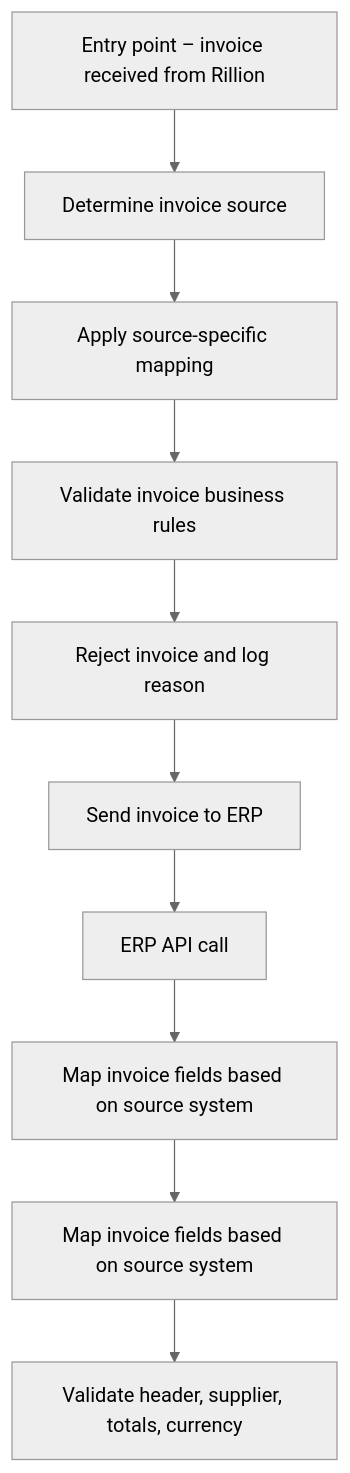
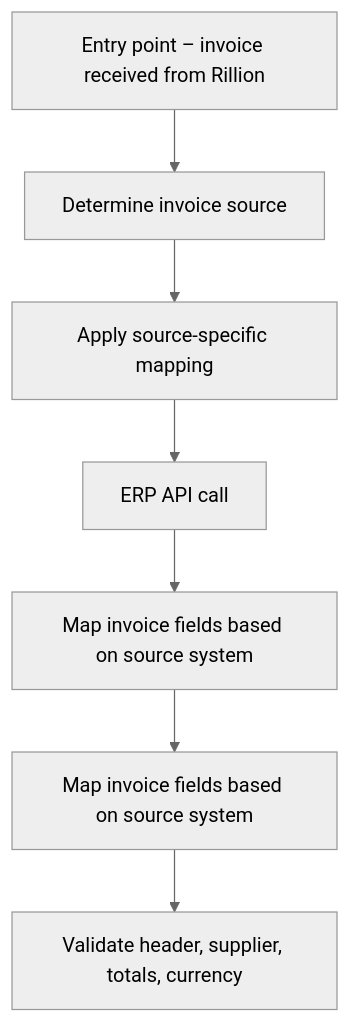
Before and after one commit to nasiradeel183-sketch/Connect-Invoice-Flow: the diagram in docs/flowchart.mmd, drawn with Mermaid (neutral theme). The commit also changed 1 other file, not shown here.

Commit message:
Auto-update flowchart

```diff
--- a/docs/flowchart.mmd
+++ b/docs/flowchart.mmd
@@ -1,10 +1,7 @@
 flowchart TD
     A0[Entry point – invoice received from Rillion] --> A1[Determine invoice source]
     A1[Determine invoice source] --> A2[Apply source-specific mapping]
-    A2[Apply source-specific mapping] --> A3[Validate invoice business rules]
-    A3[Validate invoice business rules] --> A4[Reject invoice and log reason]
-    A4[Reject invoice and log reason] --> A5[Send invoice to ERP]
-    A5[Send invoice to ERP] --> A6[ERP API call]
-    A6[ERP API call] --> A7[Map invoice fields based on source system]
-    A7[Map invoice fields based on source system] --> A8[Map invoice fields based on source system]
-    A8[Map invoice fields based on source system] --> A9[Validate header, supplier, totals, currency]
+    A2[Apply source-specific mapping] --> A3[ERP API call]
+    A3[ERP API call] --> A4[Map invoice fields based on source system]
+    A4[Map invoice fields based on source system] --> A5[Map invoice fields based on source system]
+    A5[Map invoice fields based on source system] --> A6[Validate header, supplier, totals, currency]
```
